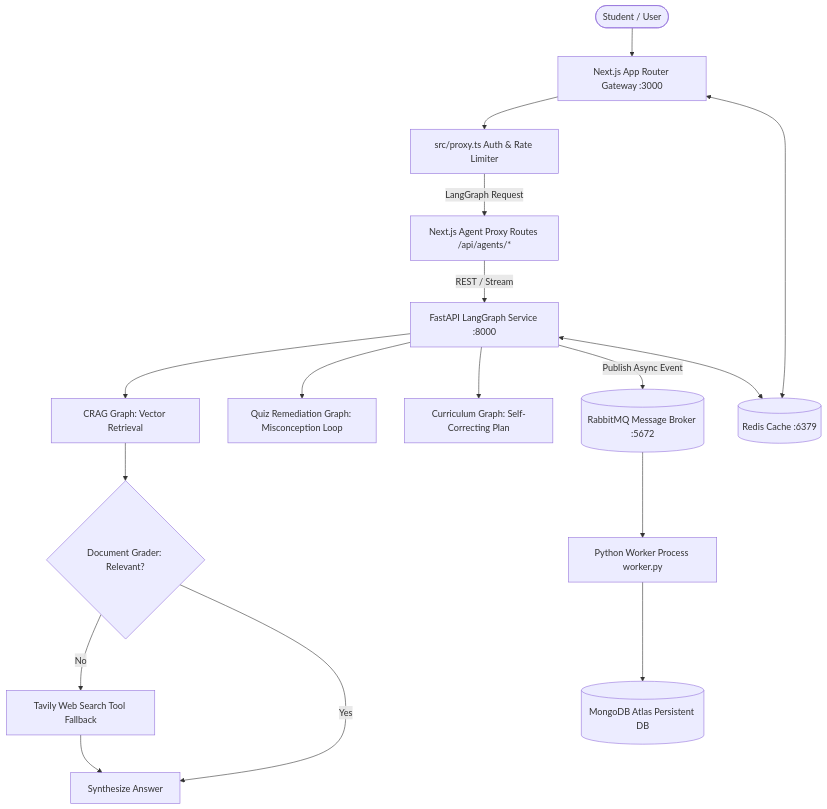
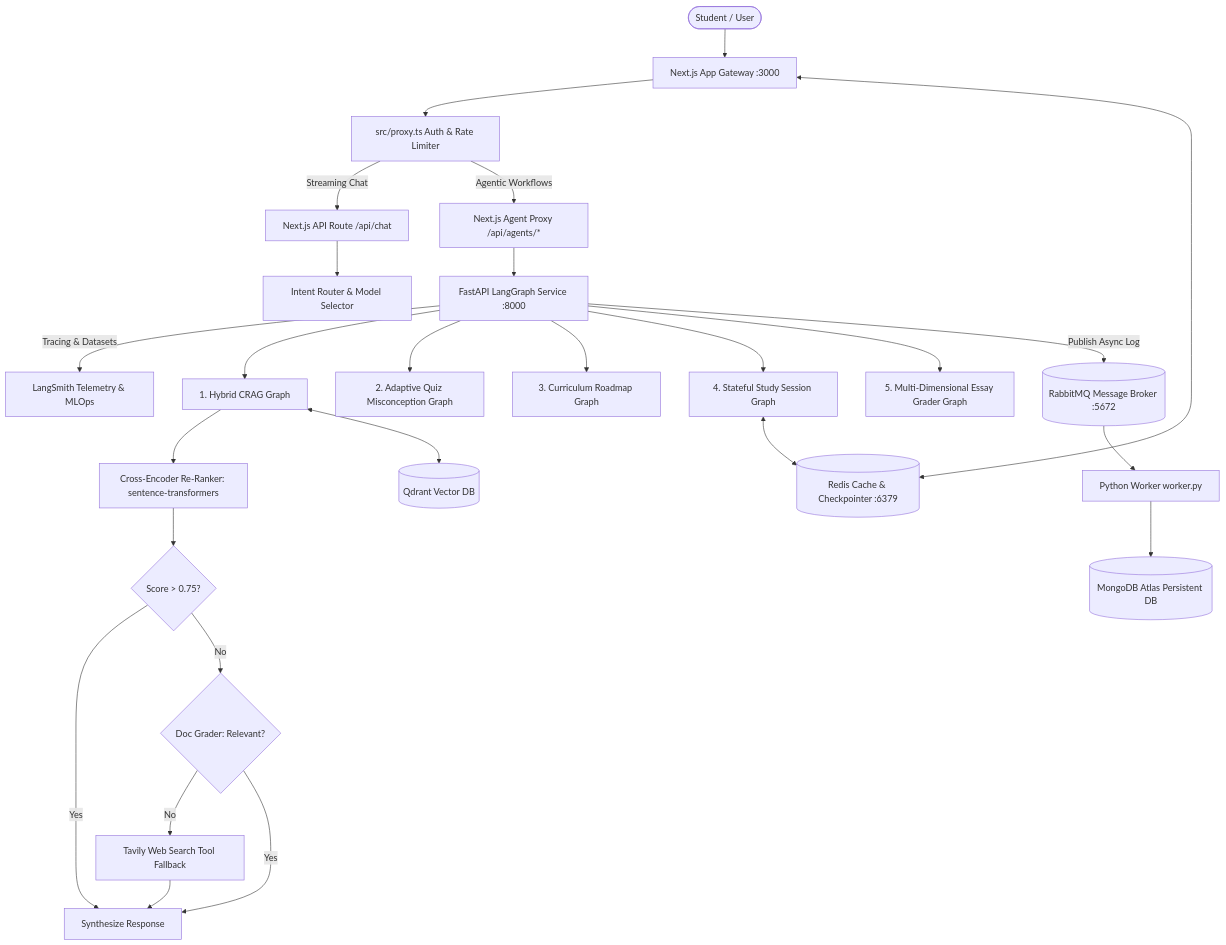
The diagram in README.md (VampKunal/EKLAVYA-V2), drawn with Mermaid before and after one commit. The commit also changed other lines of this file, not shown here.

````diff
--- a/README.md
+++ b/README.md
@@ -30,24 +36,36 @@
 ```mermaid
 flowchart TD
-    User([Student / User]) --> Frontend[Next.js App Router Gateway :3000]
+    User([Student / User]) --> Frontend[Next.js App Gateway :3000]
     Frontend --> Proxy[src/proxy.ts Auth & Rate Limiter]
     
-    Proxy -->|LangGraph Request| AgentProxy[Next.js Agent Proxy Routes /api/agents/*]
-    AgentProxy -->|REST / Stream| FastAPI[FastAPI LangGraph Service :8000]
+    Proxy -->|Streaming Chat| ChatRoute[Next.js API Route /api/chat]
+    ChatRoute --> IntentRouter[Intent Router & Model Selector]
     
-    FastAPI --> CRAGNode[CRAG Graph: Vector Retrieval]
-    CRAGNode --> Grader{Document Grader: Relevant?}
+    Proxy -->|Agentic Workflows| AgentProxy[Next.js Agent Proxy /api/agents/*]
+    AgentProxy --> FastAPI[FastAPI LangGraph Service :8000]
+    
+    FastAPI -->|Tracing & Datasets| LangSmith[LangSmith Telemetry & MLOps]
+    
+    FastAPI --> CRAGNode[1. Hybrid CRAG Graph]
+    CRAGNode --> ReRanker[Cross-Encoder Re-Ranker: sentence-transformers]
+    ReRanker --> SmartBypass{Score > 0.75?}
+    SmartBypass -->|Yes| Synthesizer[Synthesize Response]
+    SmartBypass -->|No| Grader{Doc Grader: Relevant?}
     Grader -->|No| Tavily[Tavily Web Search Tool Fallback]
-    Grader -->|Yes| Synthesizer[Synthesize Answer]
+    Grader -->|Yes| Synthesizer
     Tavily --> Synthesizer
     
-    FastAPI --> RemediationNode[Quiz Remediation Graph: Misconception Loop]
-    FastAPI --> CurriculumNode[Curriculum Graph: Self-Correcting Plan]
+    FastAPI --> RemediationNode[2. Adaptive Quiz Misconception Graph]
+    FastAPI --> CurriculumNode[3. Curriculum Roadmap Graph]
+    FastAPI --> StudySessionNode[4. Stateful Study Session Graph]
+    FastAPI --> EssayGraderNode[5. Multi-Dimensional Essay Grader Graph]
     
-    FastAPI -->|Publish Async Event| RabbitMQ[(RabbitMQ Message Broker :5672)]
-    RabbitMQ --> IngestionWorker[Python Worker Process worker.py]
+    StudySessionNode <--> RedisCheckpointer[(Redis Cache & Checkpointer :6379)]
+    
+    FastAPI -->|Publish Async Log| RabbitMQ[(RabbitMQ Message Broker :5672)]
+    RabbitMQ --> IngestionWorker[Python Worker worker.py]
     IngestionWorker --> MongoDB[(MongoDB Atlas Persistent DB)]
     
-    FastAPI <--> Redis[(Redis Cache :6379)]
-    Frontend <--> Redis
+    Frontend <--> RedisCheckpointer
+    CRAGNode <--> Qdrant[(Qdrant Vector DB)]
 ```
````
